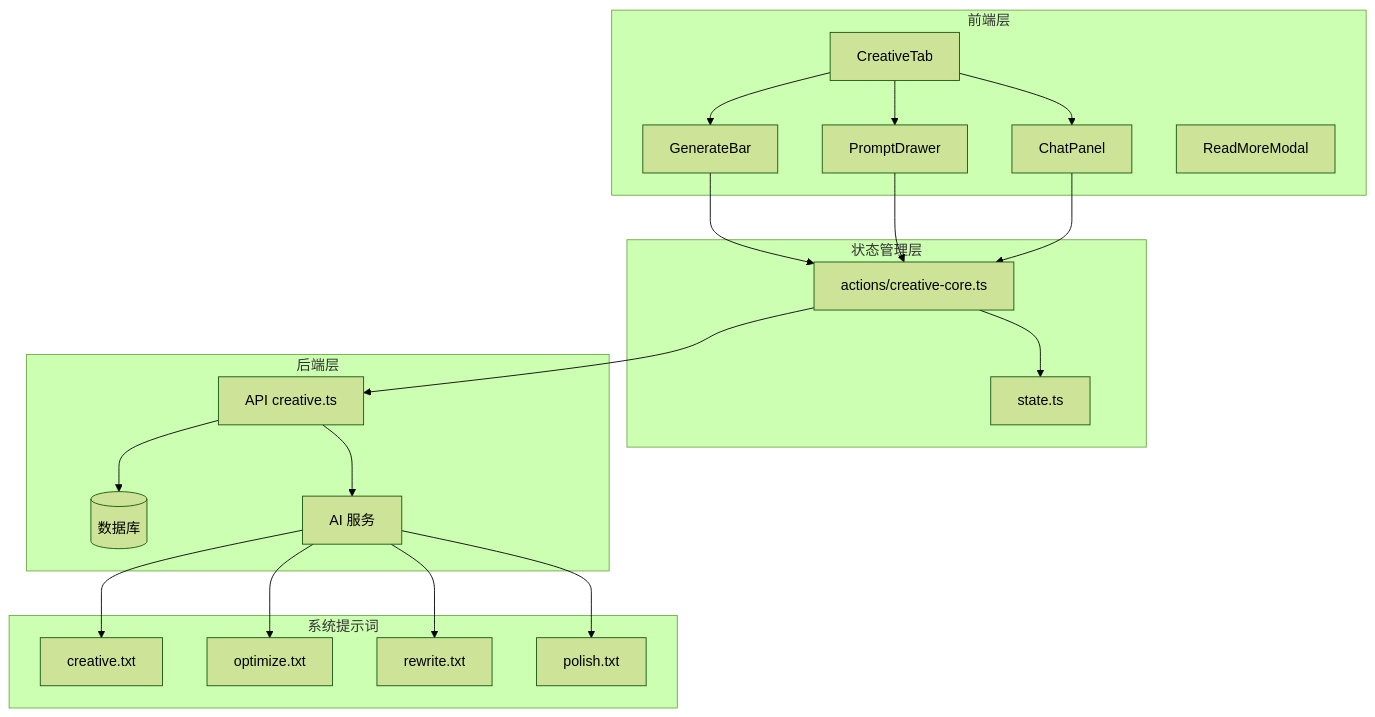
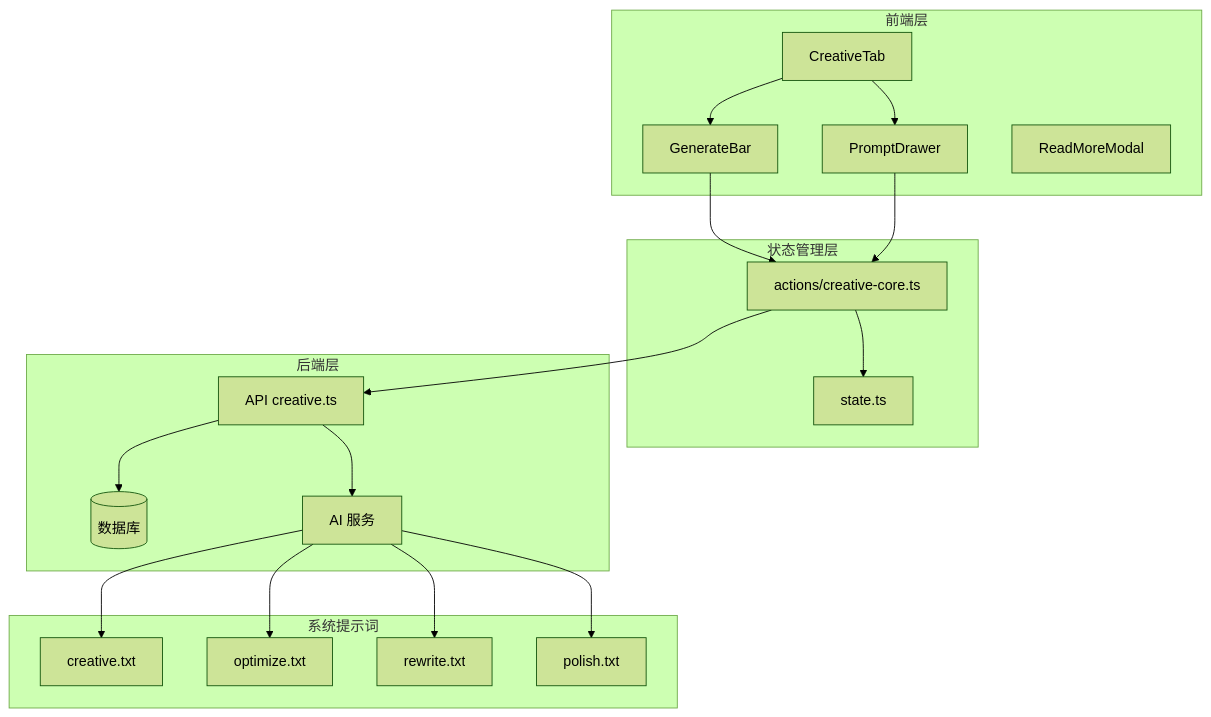
One commit to BlackBoxRecorder/memos changed the first of 8 diagrams in .qoder/repowiki/zh/content/开发指南/代码结构与规范/目录结构组织/创意页面优化设计规范.md. Above: the diagram before and after it, drawn with Mermaid (forest theme). The commit also changed other lines of this file and 7 other files, not shown here.

````diff
--- a/.qoder/repowiki/zh/content/开发指南/代码结构与规范/目录结构组织/创意页面优化设计规范.md
+++ b/.qoder/repowiki/zh/content/开发指南/代码结构与规范/目录结构组织/创意页面优化设计规范.md
@@ -46,39 +53,36 @@
 ```mermaid
 graph TB
 subgraph "前端层"
 Creative[CreativeTab]
 GenerateBar[GenerateBar]
 PromptDrawer[PromptDrawer]
-ChatPanel[ChatPanel]
 ReadMoreModal[ReadMoreModal]
 end
 subgraph "状态管理层"
 State[state.ts]
 Actions[actions/creative-core.ts]
 end
 subgraph "后端层"
 API[API creative.ts]
 DB[(数据库)]
 AI[AI 服务]
 end
 subgraph "系统提示词"
 CreativePrompt[creative.txt]
 OptimizePrompt[optimize.txt]
 RewritePrompt[rewrite.txt]
 PolishPrompt[polish.txt]
 end
 Creative --> GenerateBar
 Creative --> PromptDrawer
-Creative --> ChatPanel
 GenerateBar --> Actions
 PromptDrawer --> Actions
-ChatPanel --> Actions
 Actions --> State
 Actions --> API
 API --> DB
 API --> AI
 AI --> CreativePrompt
 AI --> OptimizePrompt
 AI --> RewritePrompt
 AI --> PolishPrompt
 ```
````
